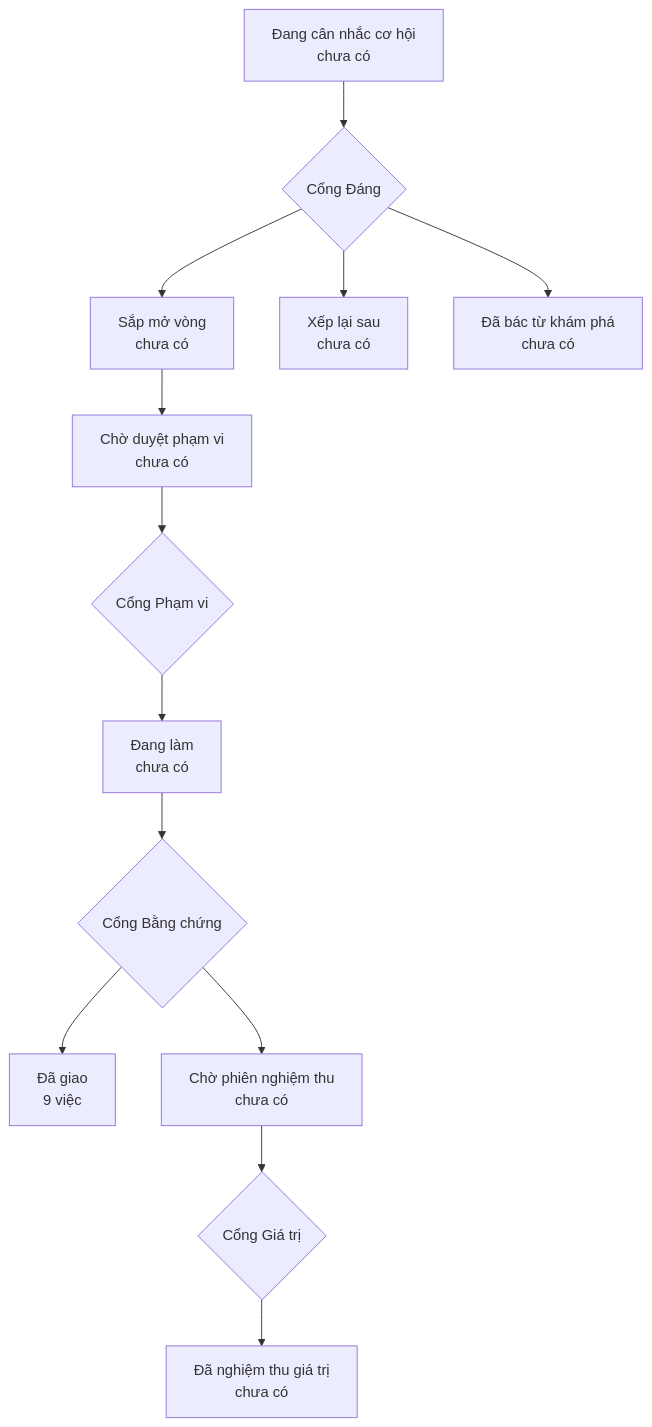
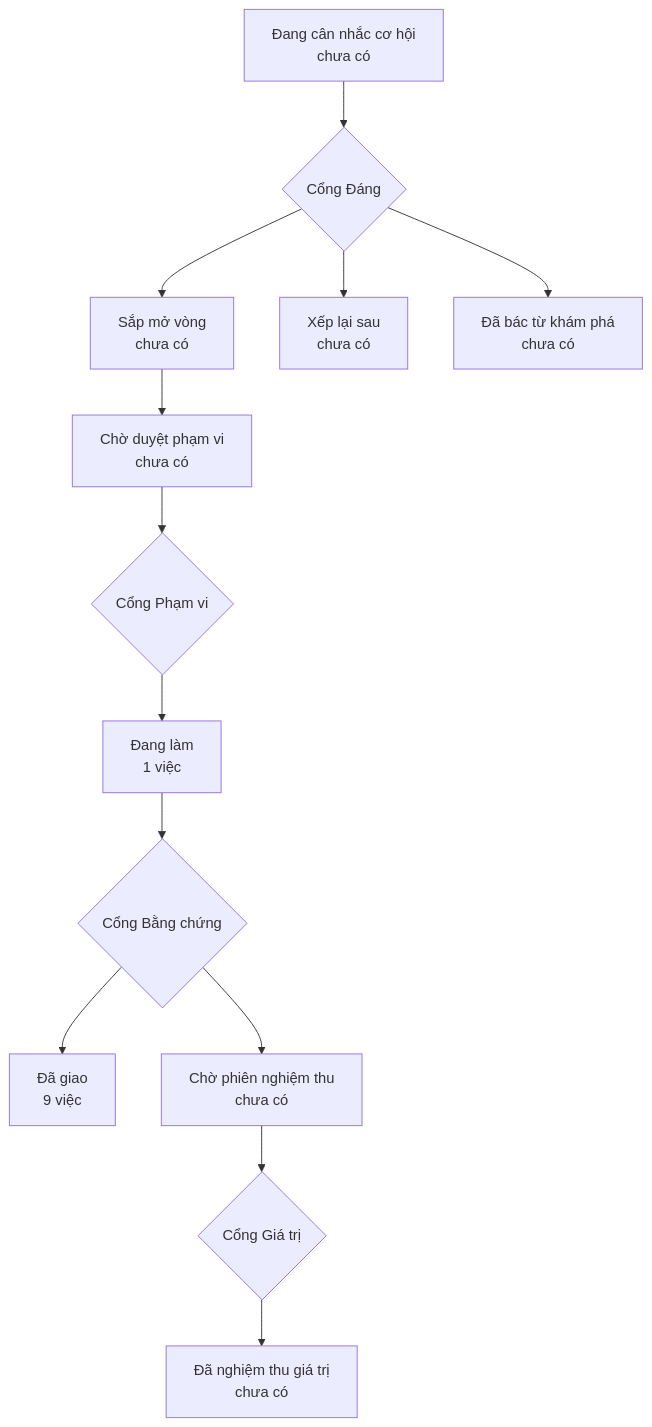
One commit to phanlemanh/onehub-invest changed the diagram in PRODUCT-MAP.md. Above: the diagram before and after it, drawn with Mermaid. The commit also changed other lines of this file and 2 other files, not shown here.

Commit message:
docs(acceptance): enrich-hau-ky — Mạnh duyệt Cổng Phạm vi (Hỏi-1…4 theo khuyến nghị)

````diff
--- a/PRODUCT-MAP.md
+++ b/PRODUCT-MAP.md
@@ -6,12 +6,12 @@
 ```mermaid
 flowchart TD
   A["Đang cân nhắc cơ hội<br/>chưa có"] --> GD{"Cổng Đáng"}
   GD --> B["Sắp mở vòng<br/>chưa có"]
   GD --> XL["Xếp lại sau<br/>chưa có"]
   GD --> DB["Đã bác từ khám phá<br/>chưa có"]
   B --> CD["Chờ duyệt phạm vi<br/>chưa có"] --> GP{"Cổng Phạm vi"}
-  GP --> DL["Đang làm<br/>chưa có"] --> GB{"Cổng Bằng chứng"}
+  GP --> DL["Đang làm<br/>1 việc"] --> GB{"Cổng Bằng chứng"}
   GB --> DG["Đã giao<br/>9 việc"]
   GB --> CN["Chờ phiên nghiệm thu<br/>chưa có"] --> GG{"Cổng Giá trị"}
   GG --> NT["Đã nghiệm thu giá trị<br/>chưa có"]
 ```
````
